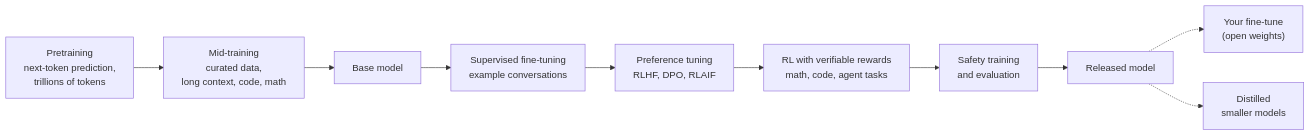
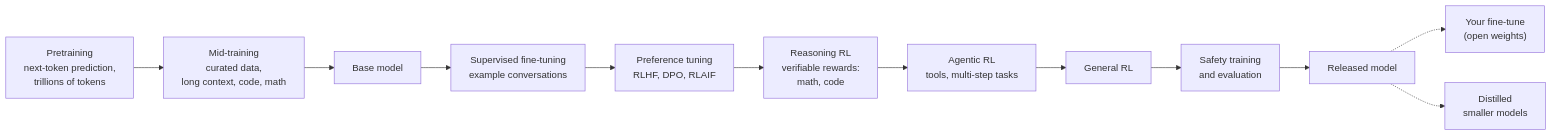
One commit to bryanroscoe/not-writing-code changed the diagram in modules/02-how-a-model-is-made.md. Above: the diagram before and after it, drawn with Mermaid. The commit also changed other lines of this file and 29 other files, not shown here.

````diff
--- a/modules/02-how-a-model-is-made.md
+++ b/modules/02-how-a-model-is-made.md
@@ -16,12 +18,14 @@
 ```mermaid
 flowchart LR
     A["Pretraining<br/>next-token prediction,<br/>trillions of tokens"] --> B["Mid-training<br/>curated data,<br/>long context, code, math"]
     B --> C["Base model"]
     C --> D["Supervised fine-tuning<br/>example conversations"]
     D --> E["Preference tuning<br/>RLHF, DPO, RLAIF"]
-    E --> F["RL with verifiable rewards<br/>math, code, agent tasks"]
-    F --> G["Safety training<br/>and evaluation"]
+    E --> F1["Reasoning RL<br/>verifiable rewards:<br/>math, code"]
+    F1 --> F2["Agentic RL<br/>tools, multi-step tasks"]
+    F2 --> F3["General RL"]
+    F3 --> G["Safety training<br/>and evaluation"]
     G --> H["Released model"]
     H -.-> I["Your fine-tune<br/>(open weights)"]
     H -.-> J["Distilled<br/>smaller models"]
 ```
````
